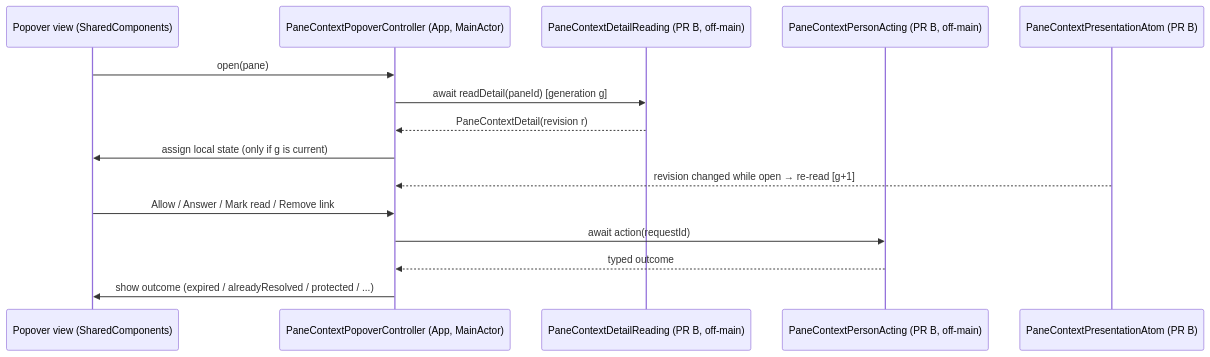
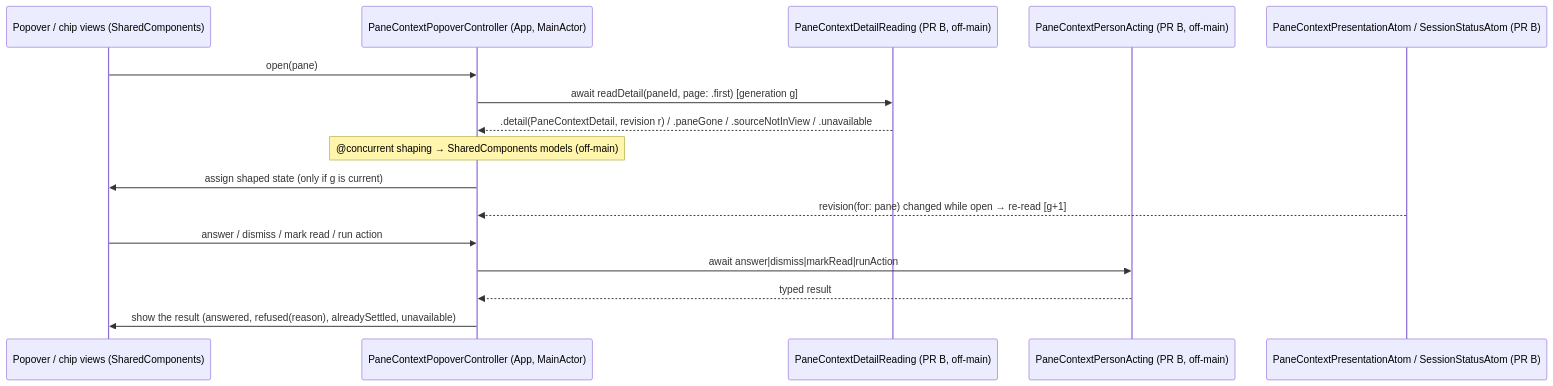
One commit to ShravanSunder/agentstudio changed the seventh of 7 diagrams in docs/specs/2026-09-25-panes-stage1/2026-09-25-panes-stage1-program-design.md. Above: the diagram before and after it, drawn with Mermaid. The commit also changed other lines of this file and 2 other files, not shown here.

````diff
--- a/docs/specs/2026-09-25-panes-stage1/2026-09-25-panes-stage1-program-design.md
+++ b/docs/specs/2026-09-25-panes-stage1/2026-09-25-panes-stage1-program-design.md
@@ -374,17 +375,18 @@
 ```mermaid
 sequenceDiagram
-    participant V as Popover view (SharedComponents)
+    participant V as Popover / chip views (SharedComponents)
     participant P as PaneContextPopoverController (App, MainActor)
     participant R as PaneContextDetailReading (PR B, off-main)
     participant X as PaneContextPersonActing (PR B, off-main)
-    participant A as PaneContextPresentationAtom (PR B)
+    participant A as PaneContextPresentationAtom / SessionStatusAtom (PR B)
     V->>P: open(pane)
-    P->>R: await readDetail(paneId) [generation g]
-    R-->>P: PaneContextDetail(revision r)
-    P->>V: assign local state (only if g is current)
-    A-->>P: revision changed while open → re-read [g+1]
-    V->>P: Allow / Answer / Mark read / Remove link
-    P->>X: await action(requestId)
-    X-->>P: typed outcome
-    P->>V: show outcome (expired / alreadyResolved / protected / ...)
+    P->>R: await readDetail(paneId, page: .first) [generation g]
+    R-->>P: .detail(PaneContextDetail, revision r) / .paneGone / .sourceNotInView / .unavailable
+    Note over P: @concurrent shaping → SharedComponents models (off-main)
+    P->>V: assign shaped state (only if g is current)
+    A-->>P: revision(for: pane) changed while open → re-read [g+1]
+    V->>P: answer / dismiss / mark read / run action
+    P->>X: await answer|dismiss|markRead|runAction
+    X-->>P: typed result
+    P->>V: show the result (answered, refused(reason), alreadySettled, unavailable)
 ```
````
